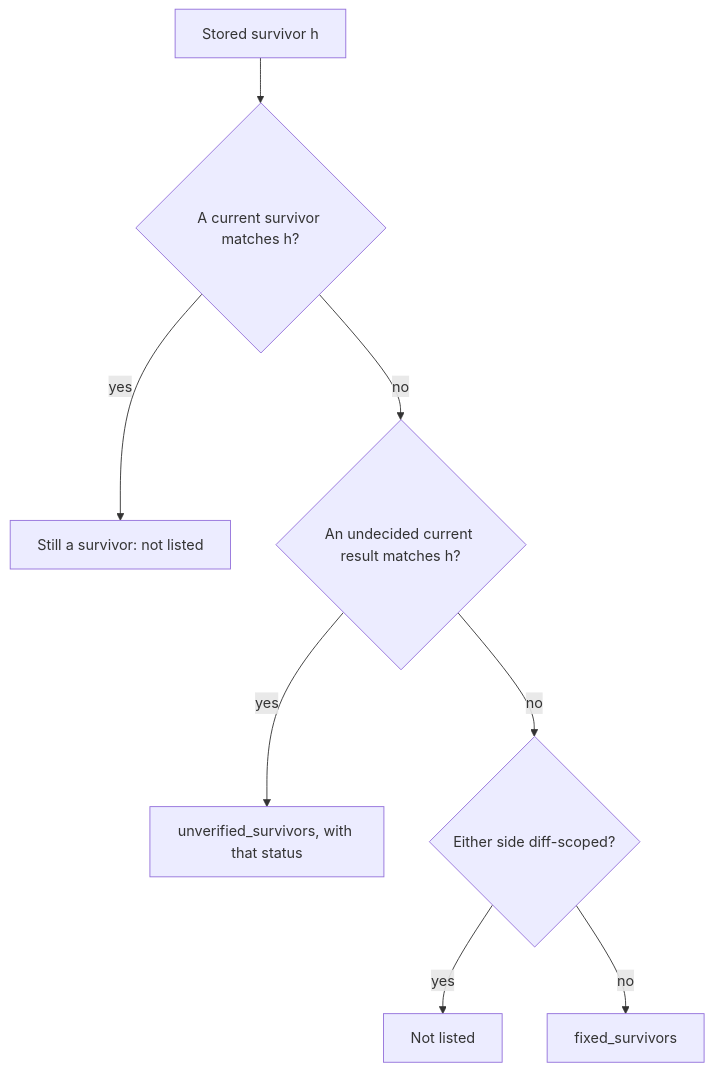
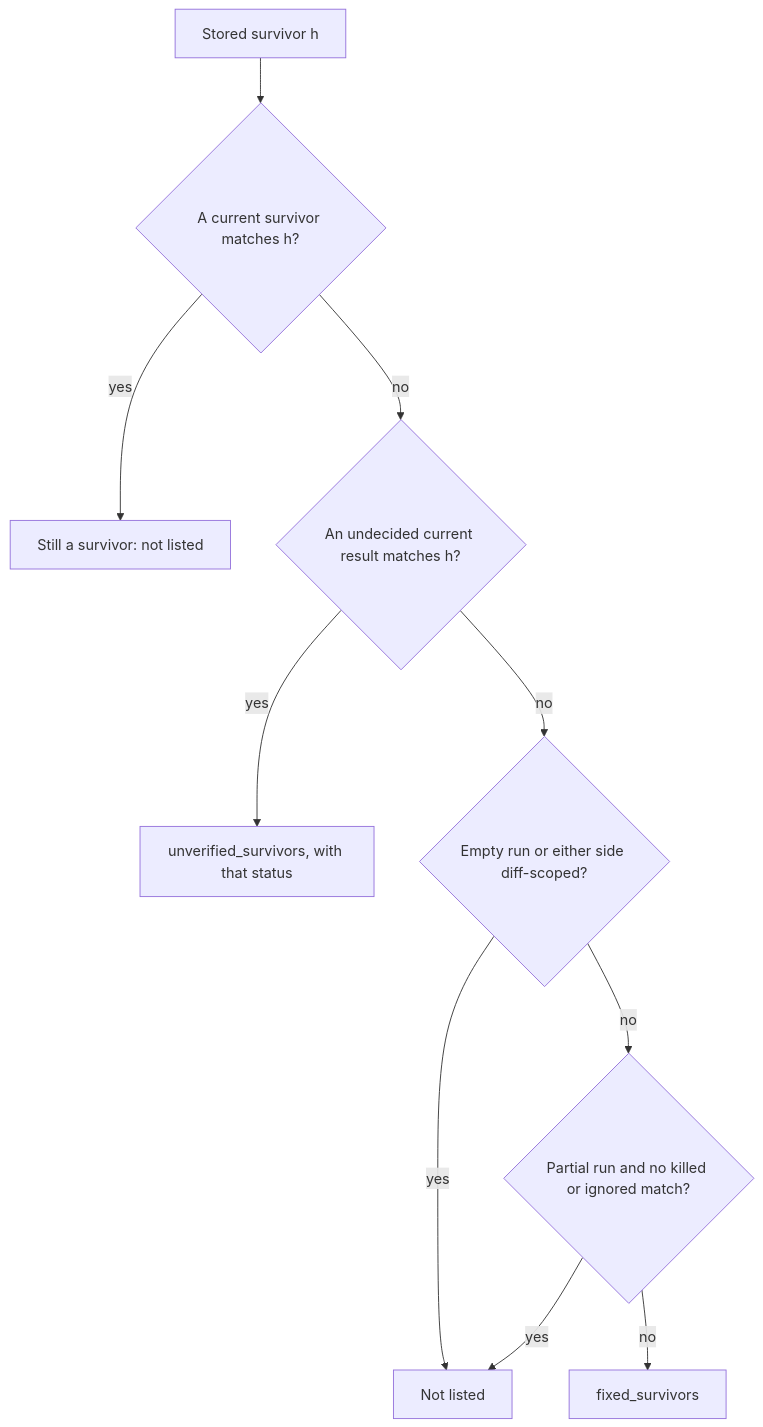
Before and after one commit to davidteren/mutineer: the diagram in docs/plans/2026-10-24-283-286-fix-baseline-unverified-survivors-plan.md, drawn with Mermaid. The commit also changed other lines of this file and 21 other files, not shown here.

````diff
--- a/docs/plans/2026-10-24-283-286-fix-baseline-unverified-survivors-plan.md
+++ b/docs/plans/2026-10-24-283-286-fix-baseline-unverified-survivors-plan.md
@@ -109,10 +108,12 @@
 ```mermaid
 flowchart TD
   S[Stored survivor h] --> A{A current survivor matches h?}
   A -->|yes| K[Still a survivor: not listed]
   A -->|no| B{An undecided current result matches h?}
   B -->|yes| U[unverified_survivors, with that status]
-  B -->|no| C{Either side diff-scoped?}
+  B -->|no| C{Empty run or either side diff-scoped?}
   C -->|yes| N[Not listed]
-  C -->|no| F[fixed_survivors]
+  C -->|no| P{Partial run and no killed or ignored match?}
+  P -->|yes| N
+  P -->|no| F[fixed_survivors]
 ```
````
